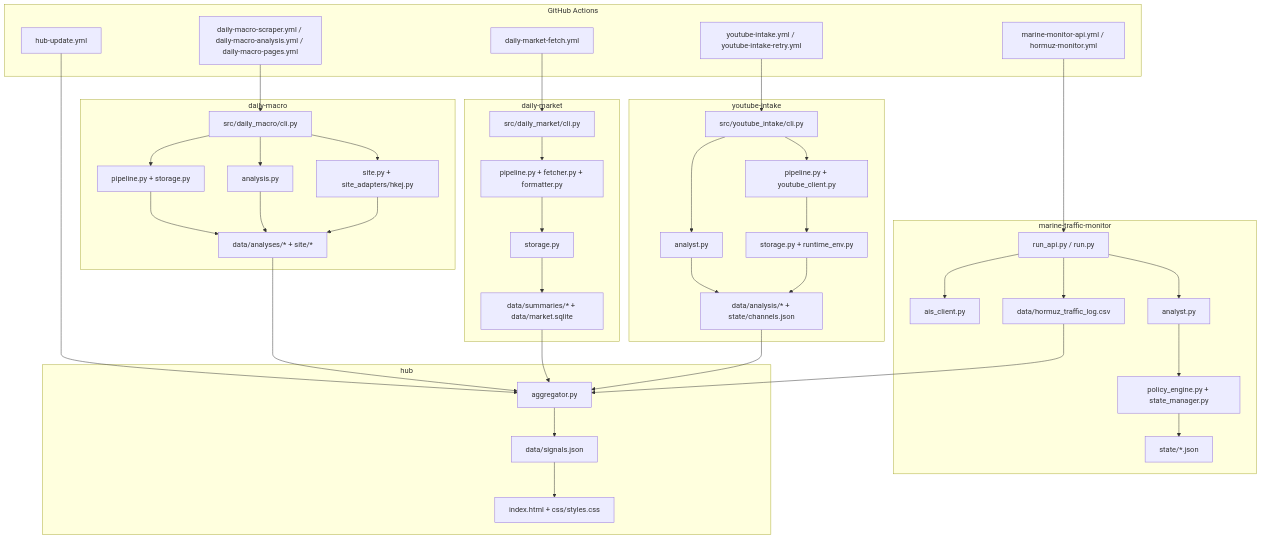
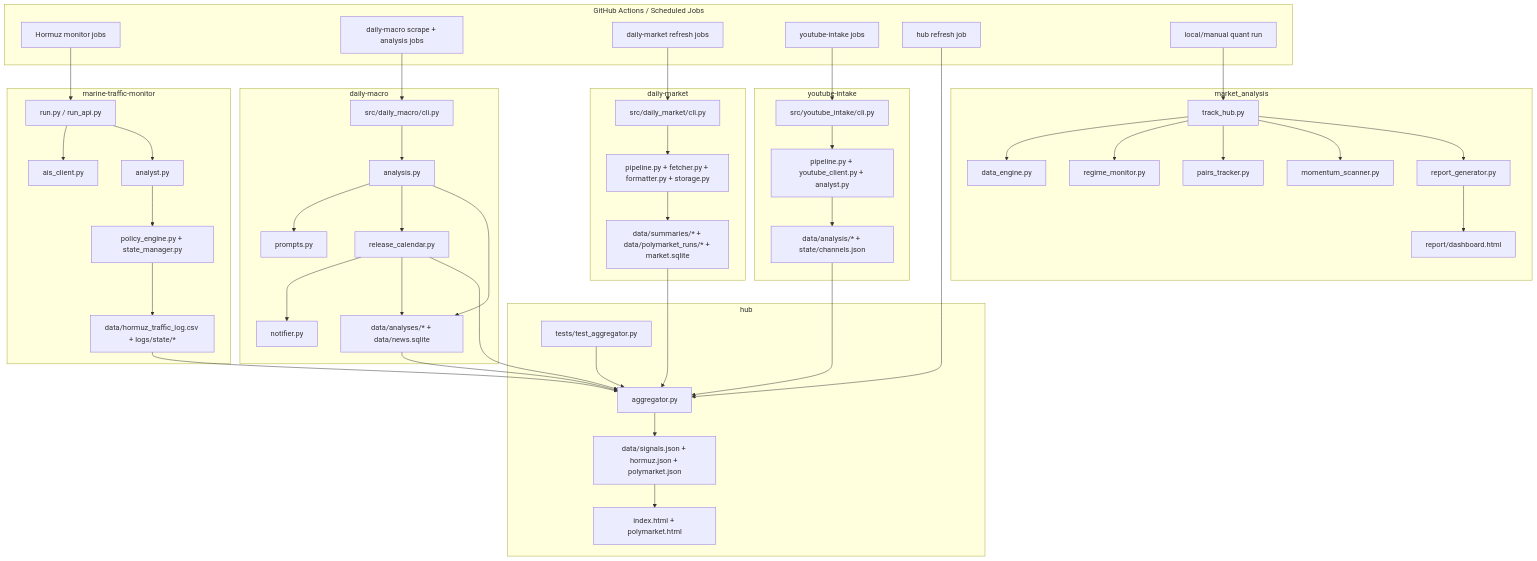
One commit to Henrywzh/equity-research changed the diagram in PROJECT_MAP.md. Above: the diagram before and after it, drawn with Mermaid. The commit also changed other lines of this file, not shown here.

Commit message:
docs(project-map): refresh daily project map

````diff
--- a/PROJECT_MAP.md
+++ b/PROJECT_MAP.md
@@ -9,84 +9,98 @@
 ```mermaid
 graph TD
-    subgraph GH["GitHub Actions"]
-        WMarine["marine-monitor-api.yml / hormuz-monitor.yml"]
-        WMacro["daily-macro-scraper.yml / daily-macro-analysis.yml / daily-macro-pages.yml"]
-        WMarket["daily-market-fetch.yml"]
-        WYT["youtube-intake.yml / youtube-intake-retry.yml"]
-        WHub["hub-update.yml"]
+    subgraph GH["GitHub Actions / Scheduled Jobs"]
+        WMarine["Hormuz monitor jobs"]
+        WMacro["daily-macro scrape + analysis jobs"]
+        WMarket["daily-market refresh jobs"]
+        WYT["youtube-intake jobs"]
+        WHub["hub refresh job"]
+        WQuant["local/manual quant run"]
     end
 
     subgraph Marine["marine-traffic-monitor"]
-        MRun["run_api.py / run.py"]
+        MRun["run.py / run_api.py"]
         MAIS["ais_client.py"]
         MAnalyst["analyst.py"]
         MPolicy["policy_engine.py + state_manager.py"]
-        MCSV["data/hormuz_traffic_log.csv"]
-        MState["state/*.json"]
+        MOut["data/hormuz_traffic_log.csv + logs/state/*"]
     end
 
     subgraph Macro["daily-macro"]
         DMCLI["src/daily_macro/cli.py"]
-        DMPipe["pipeline.py + storage.py"]
         DMAnalysis["analysis.py"]
-        DMSite["site.py + site_adapters/hkej.py"]
-        DMOut["data/analyses/* + site/*"]
+        DMPrompts["prompts.py"]
+        DMCalendar["release_calendar.py"]
+        DMNotify["notifier.py"]
+        DMOut["data/analyses/* + data/news.sqlite"]
     end
 
     subgraph Market["daily-market"]
         DKCLI["src/daily_market/cli.py"]
-        DKPipe["pipeline.py + fetcher.py + formatter.py"]
-        DKStore["storage.py"]
-        DKOut["data/summaries/* + data/market.sqlite"]
+        DKPipe["pipeline.py + fetcher.py + formatter.py + storage.py"]
+        DKOut["data/summaries/* + data/polymarket_runs/* + market.sqlite"]
     end
 
     subgraph YT["youtube-intake"]
         YCLI["src/youtube_intake/cli.py"]
-        YPipe["pipeline.py + youtube_client.py"]
-        YAnalyst["analyst.py"]
-        YStore["storage.py + runtime_env.py"]
+        YPipe["pipeline.py + youtube_client.py + analyst.py"]
         YOut["data/analysis/* + state/channels.json"]
+    end
+
+    subgraph Quant["market_analysis"]
+        QEngine["data_engine.py"]
+        QRegime["regime_monitor.py"]
+        QPairs["pairs_tracker.py"]
+        QMomentum["momentum_scanner.py"]
+        QReport["report_generator.py"]
+        QRun["track_hub.py"]
+        QOut["report/dashboard.html"]
     end
 
     subgraph Hub["hub"]
         HAgg["aggregator.py"]
-        HData["data/signals.json"]
-        HUI["index.html + css/styles.css"]
+        HSignals["data/signals.json + hormuz.json + polymarket.json"]
+        HUI["index.html + polymarket.html"]
+        HTests["tests/test_aggregator.py"]
     end
 
     WMarine --> MRun
     WMacro --> DMCLI
     WMarket --> DKCLI
     WYT --> YCLI
+    WQuant --> QRun
     WHub --> HAgg
 
     MRun --> MAIS
     MRun --> MAnalyst
     MAnalyst --> MPolicy
-    MPolicy --> MState
-    MRun --> MCSV
+    MPolicy --> MOut
 
-    DMCLI --> DMPipe
     DMCLI --> DMAnalysis
-    DMCLI --> DMSite
-    DMPipe --> DMOut
+    DMAnalysis --> DMPrompts
+    DMAnalysis --> DMCalendar
+    DMCalendar --> DMNotify
     DMAnalysis --> DMOut
-    DMSite --> DMOut
+    DMCalendar --> DMOut
 
     DKCLI --> DKPipe
-    DKPipe --> DKStore
-    DKStore --> DKOut
+    DKPipe --> DKOut
 
     YCLI --> YPipe
-    YCLI --> YAnalyst
-    YPipe --> YStore
-    YAnalyst --> YOut
-    YStore --> YOut
+    YPipe --> YOut
 
-    MCSV --> HAgg
+    QRun --> QEngine
+    QRun --> QRegime
+    QRun --> QPairs
+    QRun --> QMomentum
+    QRun --> QReport
+    QReport --> QOut
+
+    MOut --> HAgg
     DMOut --> HAgg
     DKOut --> HAgg
     YOut --> HAgg
-    HAgg --> HData
-    HData --> HUI
+    DMCalendar --> HAgg
+    HAgg --> HSignals
+    HSignals --> HUI
+    HTests --> HAgg
 ```
````
